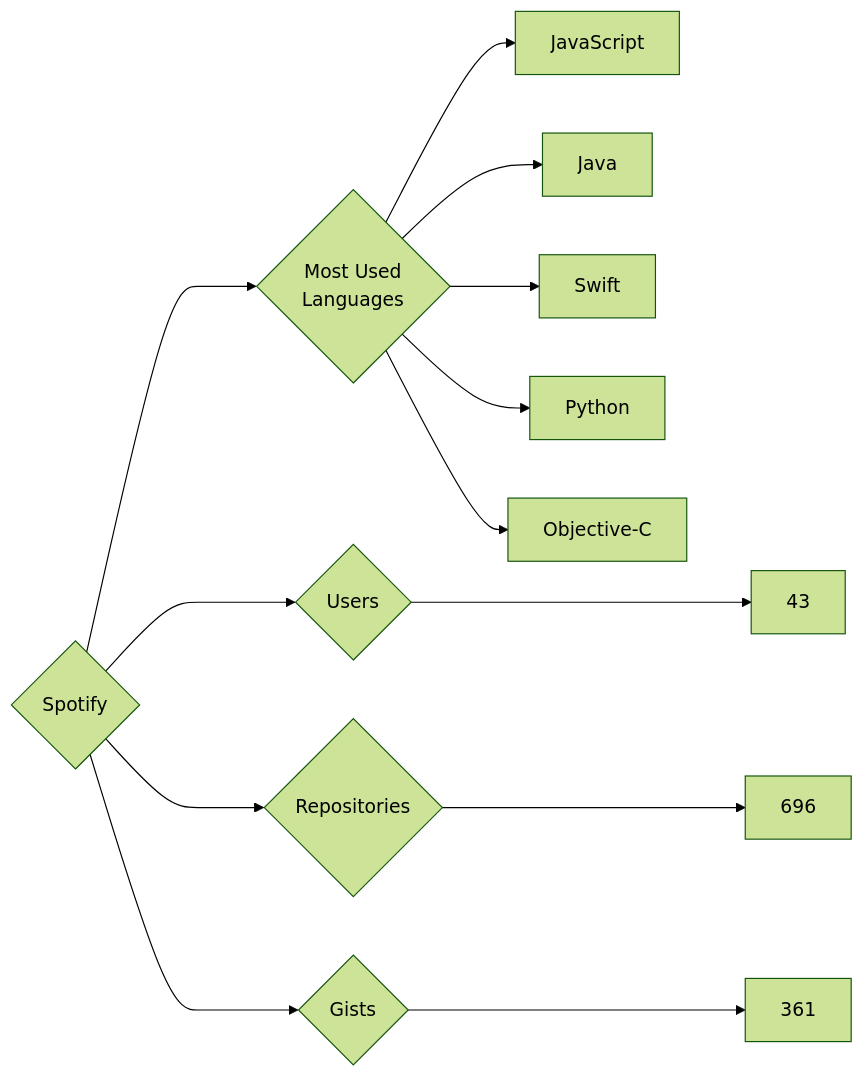
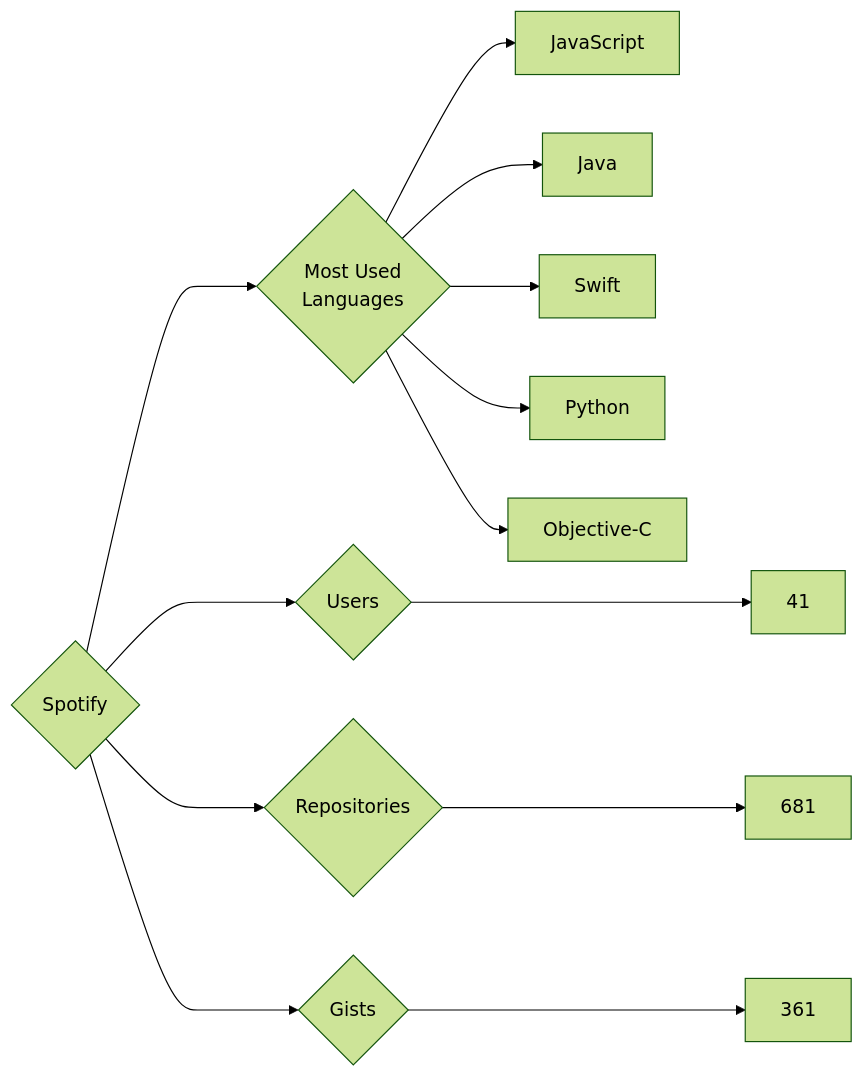
One commit to trickest/insiders changed the diagram in targets/Spotify/README.md. Above: the diagram before and after it, drawn with Mermaid (forest theme). The commit also changed 823 other files, not shown here.

````diff
--- a/targets/Spotify/README.md
+++ b/targets/Spotify/README.md
@@ -3,13 +3,13 @@
 ```mermaid
 graph LR
 COMPANY_NAME{Spotify}
-COMPANY_NAME ---> U{Users} ---> UN[43]
-COMPANY_NAME ---> R{Repositories} ---> RN[696]
+COMPANY_NAME ---> U{Users} ---> UN[41]
+COMPANY_NAME ---> R{Repositories} ---> RN[681]
 COMPANY_NAME ---> G{Gists} ---> GN[361]
 COMPANY_NAME ---> ML{Most Used<br>Languages}
 ML --> JavaScript[JavaScript]
 ML --> Java[Java]
 ML --> Swift[Swift]
 ML --> Python[Python]
 ML --> Objective-C[Objective-C]
 ```
````
